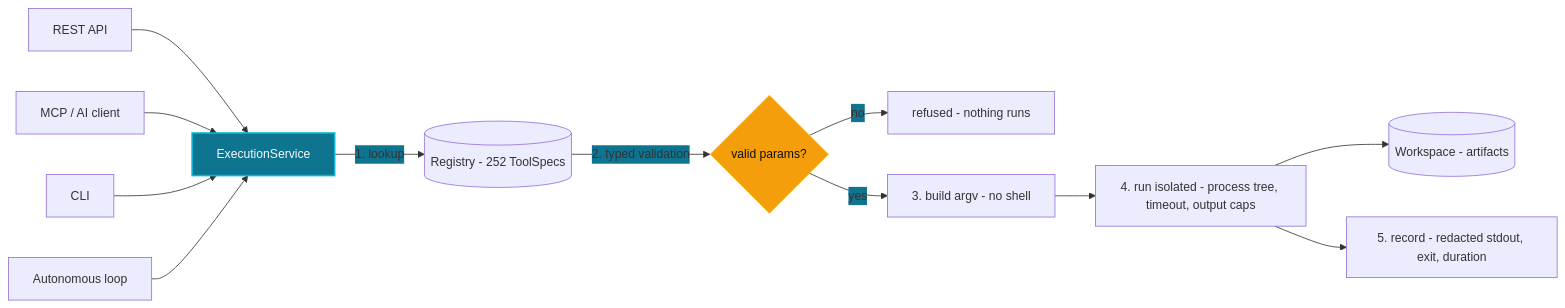
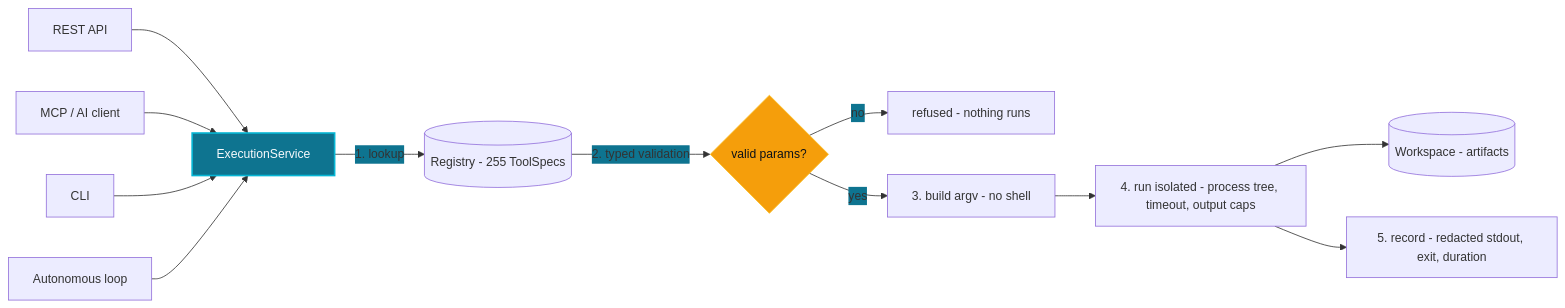
The first of 2 diagrams in docs/how-it-works.md (Arseno25/nexhunter), drawn with Mermaid before and after one commit. The commit also changed other lines of this file and 19 other files, not shown here.

````diff
--- a/docs/how-it-works.md
+++ b/docs/how-it-works.md
@@ -15,31 +15,31 @@
 ```mermaid
 %%{init: {"themeVariables": {
   "primaryColor": "#0e7490",
   "secondaryColor": "#06b6d4",
   "tertiaryColor": "#f59e0b",
   "background": "#0d1117",
   "edgeLabelBackground": "#0e7490",
   "fontFamily": "monospace",
   "fontSize": "15px",
   "fontColor": "#e2e8f0",
   "nodeTextColor": "#f8fafc"
 }}}%%
 flowchart LR
     A[REST API] --> E[ExecutionService]
     B[MCP / AI client] --> E
     C[CLI] --> E
     D[Autonomous loop] --> E
 
-    E -->|1. lookup| R[(Registry - 252 ToolSpecs)]
+    E -->|1. lookup| R[(Registry - 255 ToolSpecs)]
     R -->|2. typed validation| V{valid params?}
     V -->|no| X[refused - nothing runs]
     V -->|yes| G[3. build argv - no shell]
     G --> P[4. run isolated - process tree, timeout, output caps]
     P --> W[(Workspace - artifacts)]
     P --> S[5. record - redacted stdout, exit, duration]
 
     classDef core fill:#0e7490,stroke:#06b6d4,stroke-width:2px,color:#f8fafc
     classDef gate fill:#f59e0b,stroke:#fbbf24,color:#0d1117
     class E core
     class V gate
 ```
````
